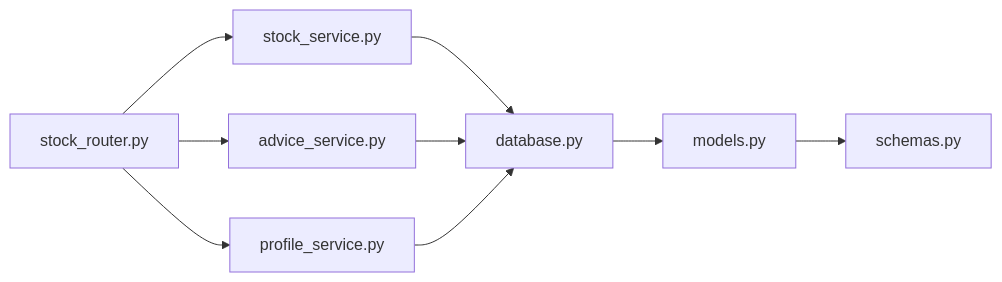
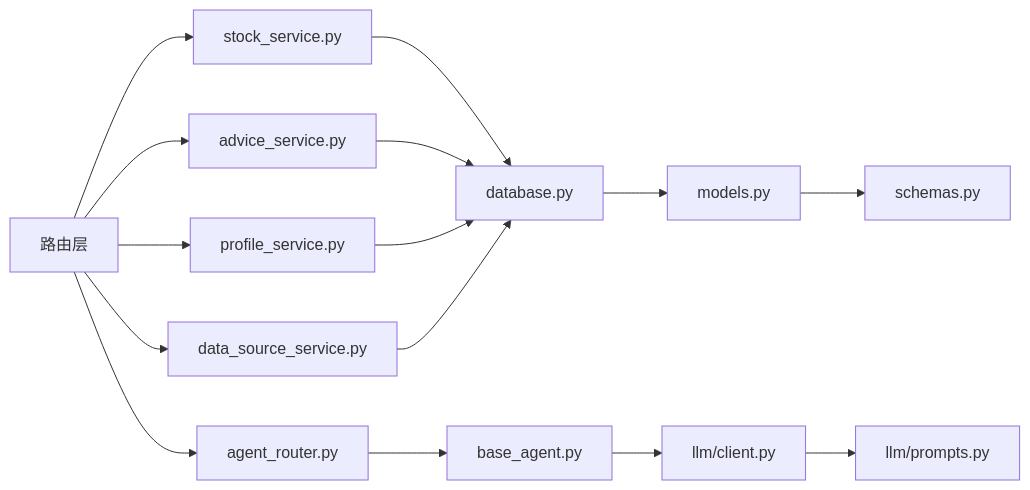
Diagram 11 of 11 in .qoder/repowiki/zh/content/核心功能/核心功能.md (Moruime/stock_foker), drawn with Mermaid before and after one commit. The commit also changed other lines of this file and 52 other files, not shown here.

````diff
--- a/.qoder/repowiki/zh/content/核心功能/核心功能.md
+++ b/.qoder/repowiki/zh/content/核心功能/核心功能.md
@@ -396,11 +525,17 @@
 ```mermaid
 graph LR
-Router["stock_router.py"] --> StockSvc["stock_service.py"]
+Router["路由层"] --> StockSvc["stock_service.py"]
 Router --> AdviceSvc["advice_service.py"]
 Router --> ProfileSvc["profile_service.py"]
+Router --> DataSourceSvc["data_source_service.py"]
+Router --> AgentRouter["agent_router.py"]
+AgentRouter --> BaseAgent["base_agent.py"]
+BaseAgent --> LLMClient["llm/client.py"]
+LLMClient --> Prompts["llm/prompts.py"]
 StockSvc --> DB["database.py"]
 AdviceSvc --> DB
 ProfileSvc --> DB
+DataSourceSvc --> DB
 DB --> Models["models.py"]
 Models --> Schemas["schemas.py"]
 ```
````
